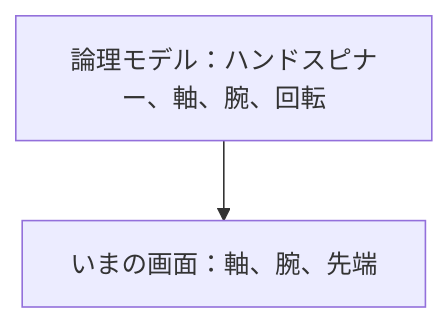
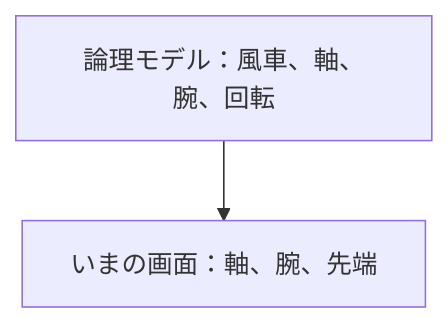
One commit to pfgnsb/hand-spinner changed the first of 3 diagrams in spinner/ドキュメント/ER図.md. Above: the diagram before and after it, drawn with Mermaid. The commit also changed other lines of this file and 13 other files, not shown here.

````diff
--- a/spinner/ドキュメント/ER図.md
+++ b/spinner/ドキュメント/ER図.md
@@ -29,4 +29,4 @@
 ```mermaid
 flowchart TD
-  domain[論理モデル：ハンドスピナー、軸、腕、回転] --> screen["いまの画面：軸、腕、先端"]
+  domain[論理モデル：風車、軸、腕、回転] --> screen["いまの画面：軸、腕、先端"]
 ```
````
